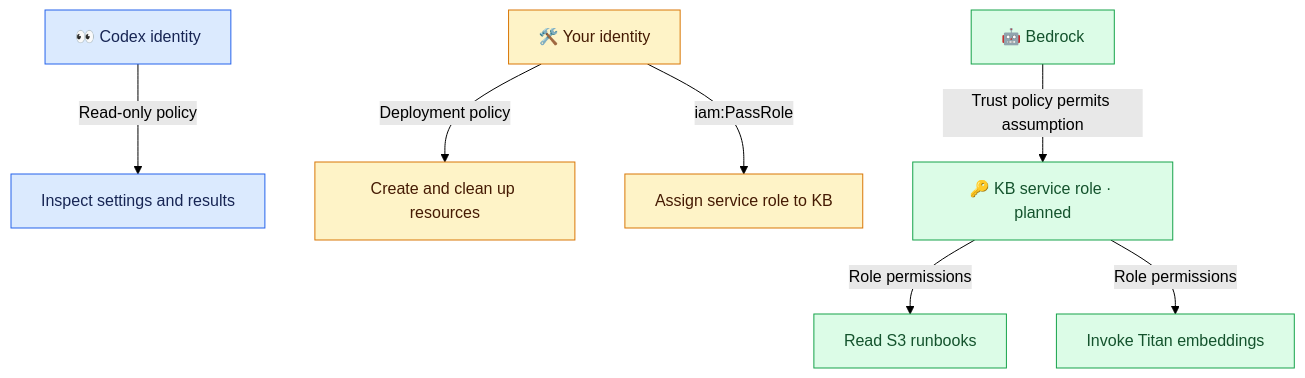
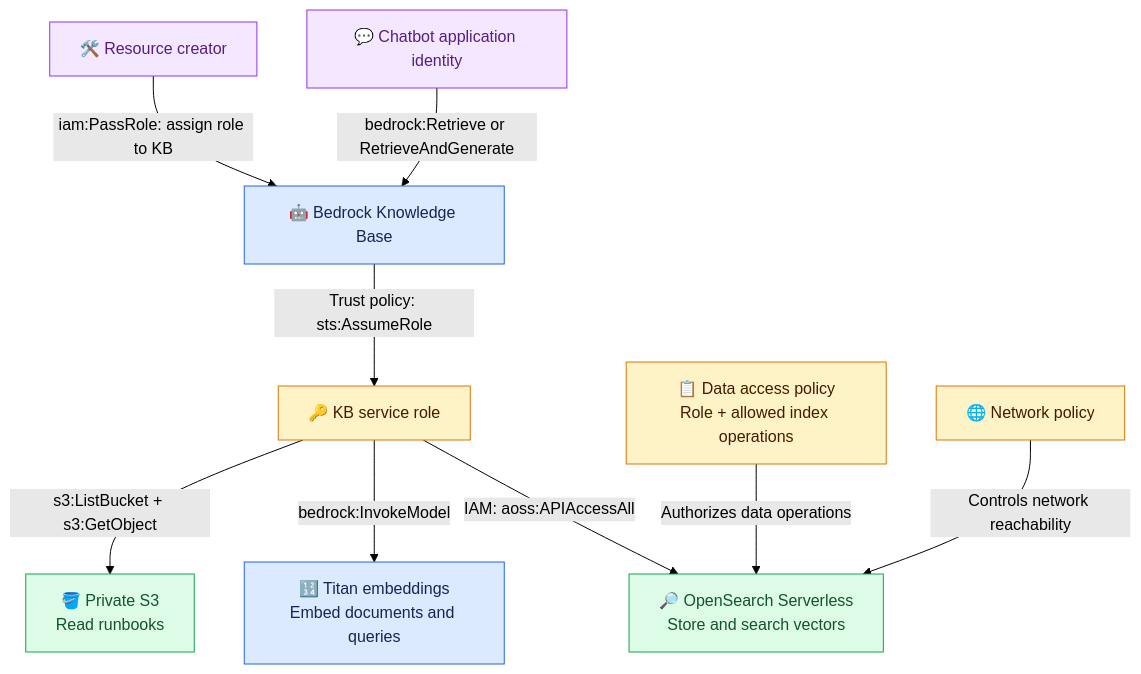
The diagram in docs/06_permissions_explained.md (shamim-iq/RAG-with-BedRock), drawn with Mermaid (forest theme) before and after one commit. The commit also changed other lines of this file and 2 other files, not shown here.

Commit message:
Clarify RAG service roles and permission layers

````diff
--- a/docs/06_permissions_explained.md
+++ b/docs/06_permissions_explained.md
@@ -27,15 +9,19 @@
 ```mermaid
 flowchart TD
-    C["👀 Codex identity"] -->|Read-only policy| I["Inspect settings and results"]
-    U["🛠️ Your identity"] -->|Deployment policy| D["Create and clean up resources"]
-    U -->|iam:PassRole| A["Assign service role to KB"]
-    B["🤖 Bedrock"] -->|Trust policy permits assumption| R["🔑 KB service role · planned"]
-    R -->|Role permissions| S["Read S3 runbooks"]
-    R -->|Role permissions| T["Invoke Titan embeddings"]
-    classDef inspect fill:#dbeafe,stroke:#2563eb,color:#172554;
-    classDef deploy fill:#fef3c7,stroke:#d97706,color:#451a03;
-    classDef service fill:#dcfce7,stroke:#16a34a,color:#14532d;
-    class C,I inspect;
-    class U,D,A deploy;
-    class B,R,S,T service;
+    D["🛠️ Resource creator"] -->|iam:PassRole: assign role to KB| K["🤖 Bedrock Knowledge Base"]
+    A["💬 Chatbot application identity"] -->|bedrock:Retrieve or RetrieveAndGenerate| K
+    K -->|Trust policy: sts:AssumeRole| R["🔑 KB service role"]
+    R -->|s3:ListBucket + s3:GetObject| S["🪣 Private S3<br/>Read runbooks"]
+    R -->|bedrock:InvokeModel| T["🔢 Titan embeddings<br/>Embed documents and queries"]
+    R -->|IAM: aoss:APIAccessAll| O["🔎 OpenSearch Serverless<br/>Store and search vectors"]
+    P["📋 Data access policy<br/>Role + allowed index operations"] -->|Authorizes data operations| O
+    N["🌐 Network policy"] -->|Controls network reachability| O
+    classDef service fill:#dbeafe,stroke:#2563eb,color:#172554;
+    classDef access fill:#fef3c7,stroke:#d97706,color:#451a03;
+    classDef data fill:#dcfce7,stroke:#16a34a,color:#14532d;
+    classDef caller fill:#f3e8ff,stroke:#9333ea,color:#581c87;
+    class K,T service;
+    class R,P,N access;
+    class S,O data;
+    class A,D caller;
 ```
````
